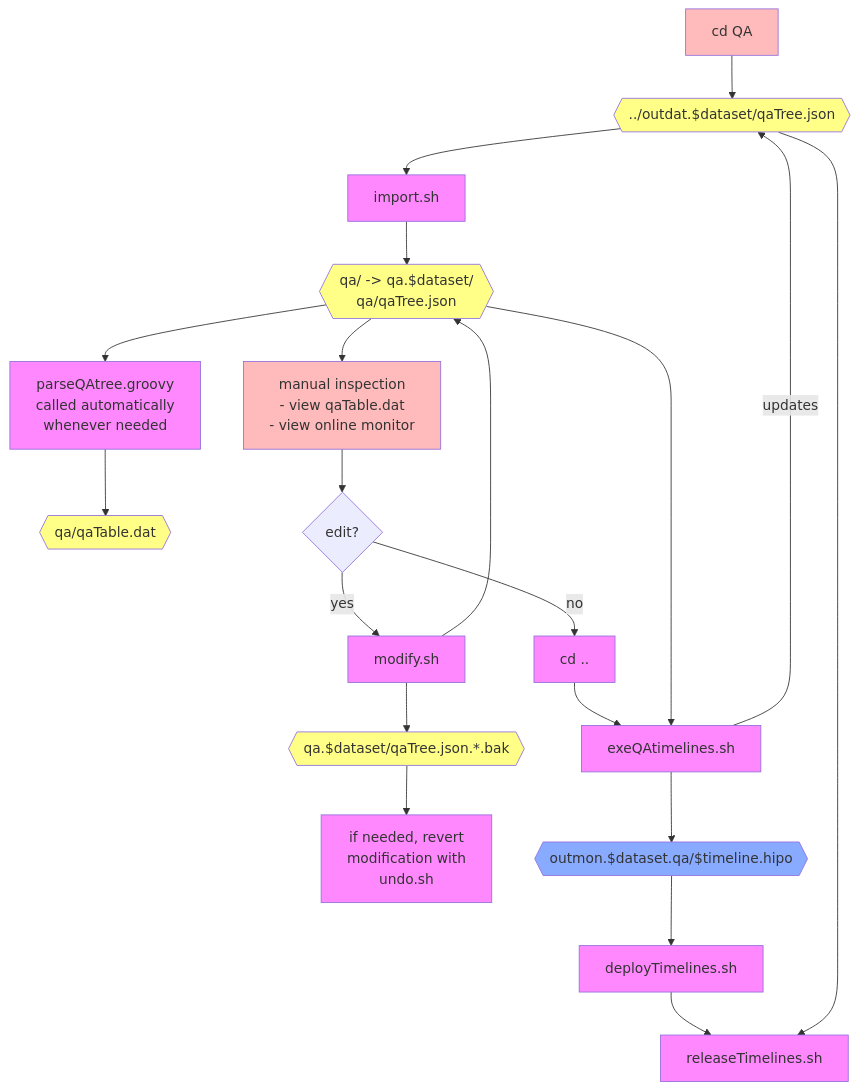
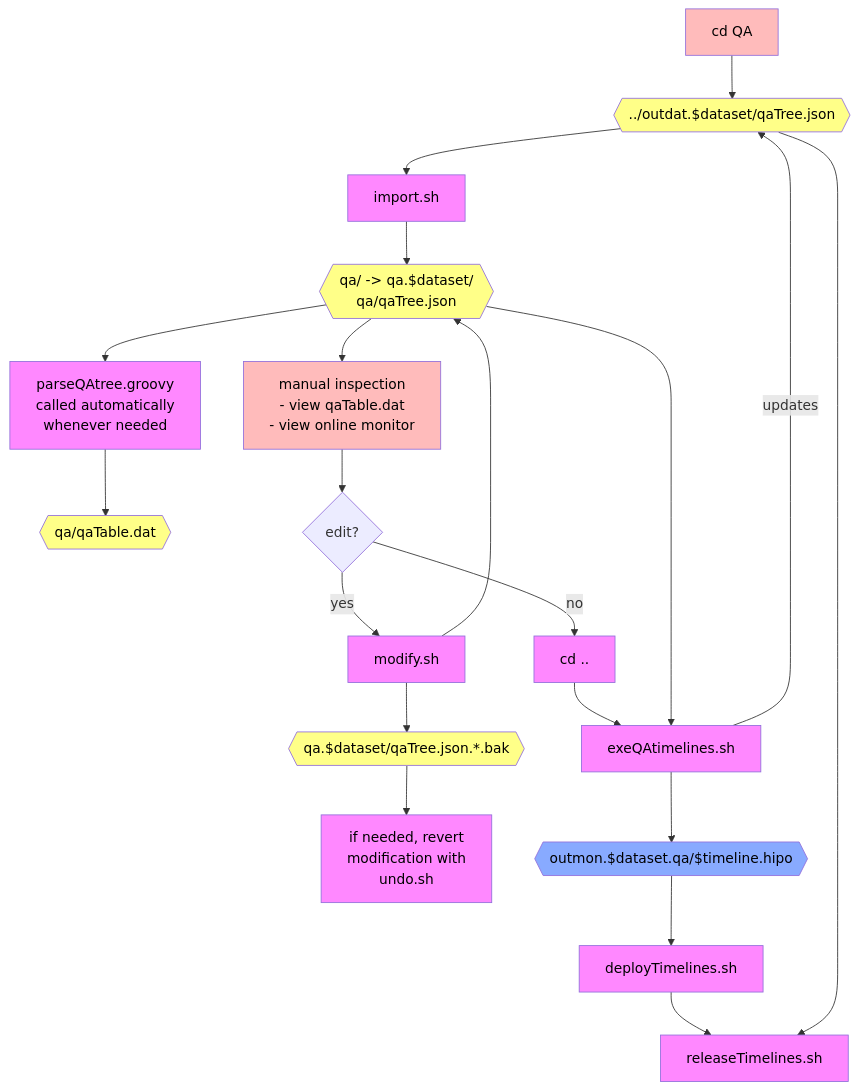
Before and after one commit to c-dilks/clasqa: the third of 3 diagrams in docs/docDiagram.md, drawn with Mermaid. The commit also changed other lines of this file, not shown here.

````diff
--- a/docs/docDiagram.md
+++ b/docs/docDiagram.md
@@ -47,30 +59,30 @@
 ```mermaid
-graph TD;
-   cd0[cd QA]:::manual-->qaTree;
-   qaTree{{../outdat.$dataset/qaTree.json}}:::data --> import[import.sh]:::qa;
-    import --> qaLoc{{qa/ -> qa.$dataset/<br>qa/qaTree.json}}:::data;
-    qaLoc --> parse[parseQAtree.groovy<br>called automatically<br>whenever needed]:::qa;
-    parse --> qaTable{{qa/qaTable.dat}}:::data;
+graph TD
+   cd0[cd QA]:::manual-->qaTree
+   qaTree{{../outdat.$dataset/qaTree.json}}:::data --> import[import.sh]:::exeQA
+    import --> qaLoc{{qa/ -> qa.$dataset/<br>qa/qaTree.json}}:::data
+    qaLoc --> parse[parseQAtree.groovy<br>called automatically<br>whenever needed]:::exeQA
+    parse --> qaTable{{qa/qaTable.dat}}:::data
     
-    qaLoc --> inspect[manual inspection<br>- view qaTable.dat<br>- view online monitor]:::manual;
-    inspect --> edit{edit?};
+    qaLoc --> inspect[manual inspection<br>- view qaTable.dat<br>- view online monitor]:::manual
+    inspect --> edit{edit?}
     
-    edit -->|yes|modify[modify.sh]:::qa;
-    modify --> qaLoc;
-    modify --> qaBak{{qa.$dataset/qaTree.json.*.bak}}:::data;
-    qaBak --> undo[if needed, revert<br>modification with<br>undo.sh]:::qa;
+    edit -->|yes|modify[modify.sh]:::exeQA
+    modify --> qaLoc
+    modify --> qaBak{{qa.$dataset/qaTree.json.*.bak}}:::data
+    qaBak --> undo[if needed, revert<br>modification with<br>undo.sh]:::exeQA
     
-    edit -->|no|cd[cd ..]:::qa;
-    cd --> qa[exeQAtimelines.sh]:::qa;
-    qaLoc --> qa;
-    qa --> qaTL{{outmon.$dataset.qa/$timeline.hipo}}:::timeline;
-    qa -->|updates|qaTree;
-    qaTL --> deploy[deployTimelines.sh]:::qa
-    deploy --> release[releaseTimelines.sh]:::qa
+    edit -->|no|cd[cd ..]:::exeQA
+    cd --> qa[exeQAtimelines.sh]:::exeQA
+    qaLoc --> qa
+    qa --> qaTL{{outmon.$dataset.qa/$timeline.hipo}}:::timeline
+    qa -->|updates|qaTree
+    qaTL --> deploy[deployTimelines.sh]:::exeQA
+    deploy --> release[releaseTimelines.sh]:::exeQA
     qaTree --> release
     
-    classDef data fill:#ff8;
-    classDef manual fill:#fbb;
-    classDef timeline fill:#8af;
-    classDef qa fill:#f8f;
+    classDef data fill:#ff8,color:black
+    classDef manual fill:#fbb,color:black
+    classDef timeline fill:#8af,color:black
+    classDef exeQA fill:#f8f,color:black
 ```
````
